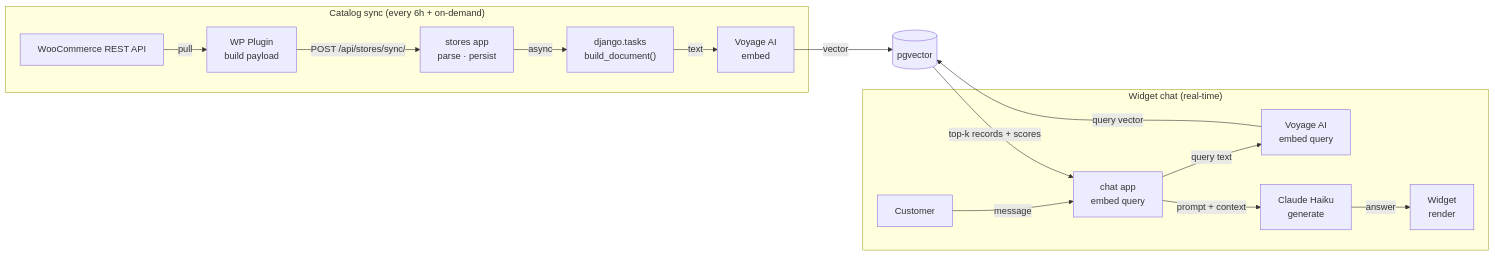
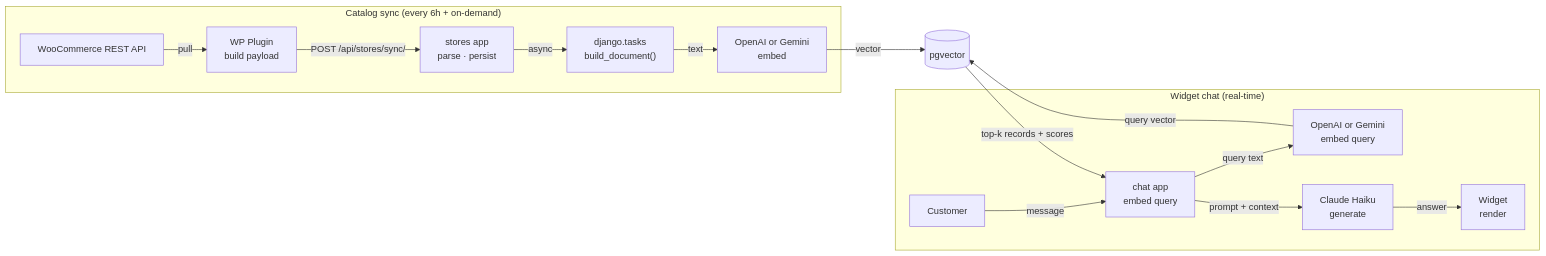
One commit to aji-pratama/woocs changed the sixth of 6 diagrams in _docs/PRD.md. Above: the diagram before and after it, drawn with Mermaid. The commit also changed other lines of this file and 6 other files, not shown here.

````diff
--- a/_docs/PRD.md
+++ b/_docs/PRD.md
@@ -1517,33 +1517,33 @@
 ```mermaid
 flowchart LR
   subgraph SyncPath["Catalog sync (every 6h + on-demand)"]
     WC["WooCommerce REST API"]
     Plugin["WP Plugin\nbuild payload"]
     StoresApp["stores app\nparse · persist"]
     Worker["django.tasks\nbuild_document()"]
-    VoyageEmbed["Voyage AI\nembed"]
+    EmbedModel["OpenAI or Gemini\nembed"]
   end
 
   subgraph ChatPath["Widget chat (real-time)"]
     Customer["Customer"]
     ChatApp["chat app\nembed query"]
-    VoyageQ["Voyage AI\nembed query"]
+    QueryEmbed["OpenAI or Gemini\nembed query"]
     HaikuGen["Claude Haiku\ngenerate"]
     WidgetOut["Widget\nrender"]
   end
 
   PG[("pgvector")]
 
   WC -->|pull| Plugin
   Plugin -->|POST /api/stores/sync/| StoresApp
   StoresApp -->|async| Worker
-  Worker -->|text| VoyageEmbed
-  VoyageEmbed -->|vector| PG
+  Worker -->|text| EmbedModel
+  EmbedModel -->|vector| PG
 
   Customer -->|message| ChatApp
-  ChatApp -->|query text| VoyageQ
-  VoyageQ -->|query vector| PG
+  ChatApp -->|query text| QueryEmbed
+  QueryEmbed -->|query vector| PG
   PG -->|top-k records + scores| ChatApp
   ChatApp -->|prompt + context| HaikuGen
   HaikuGen -->|answer| WidgetOut
 ```
````
